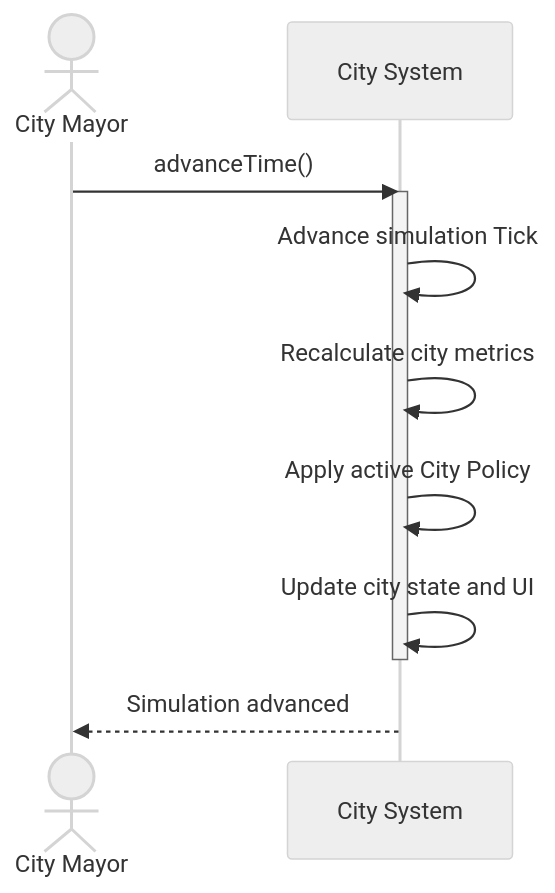
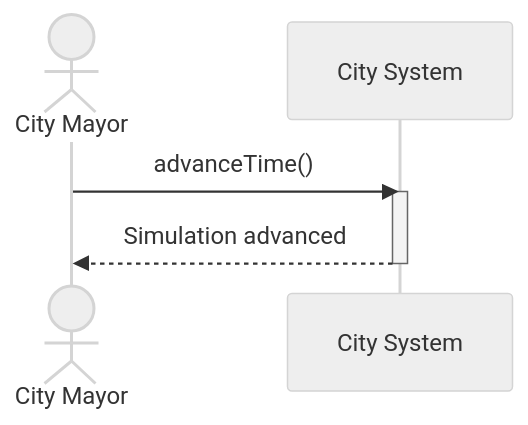
One commit to andreatoson3-netizen/Amatriciana changed the diagram in docs/ssd-advance-simulation (Tick).md. Above: the diagram before and after it, drawn with Mermaid (neutral theme).

Commit message:
Update ssd-advance-simulation (Tick).md

````diff
--- a/docs/ssd-advance-simulation (Tick).md
+++ b/docs/ssd-advance-simulation (Tick).md
@@ -1,16 +1,11 @@
 ```mermaid
 sequenceDiagram
     actor Mayor as City Mayor
     participant System as City System
 
     Mayor->>System: advanceTime()
 
     activate System
-    System->>System: Advance simulation Tick
-    System->>System: Recalculate city metrics
-    System->>System: Apply active City Policy
-    System->>System: Update city state and UI
+    System-->>Mayor: Simulation advanced
     deactivate System
-
-    System-->>Mayor: Simulation advanced
 ```
````
